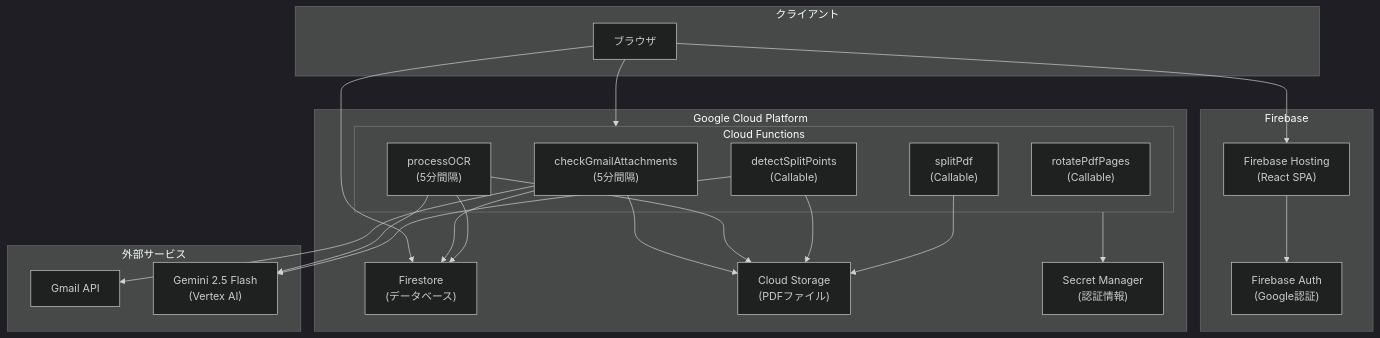
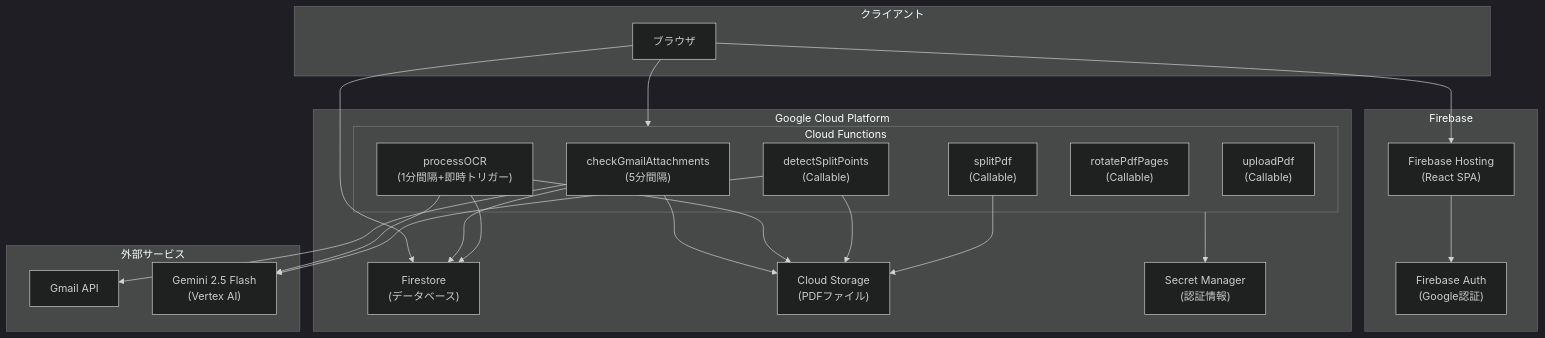
Before and after one commit to yasushi-honda/doc-split: the first of 5 diagrams in docs/architecture.md, drawn with Mermaid (dark theme). The commit also changed other lines of this file and 1 other file, not shown here.

First line of the commit message:
docs: architecture.md/overview.mdを実装に合わせて更新

````diff
--- a/docs/architecture.md
+++ b/docs/architecture.md
@@ -5,49 +5,50 @@
 ```mermaid
 flowchart TB
     subgraph Client["クライアント"]
         Browser["ブラウザ"]
     end
 
     subgraph Firebase["Firebase"]
         Hosting["Firebase Hosting<br/>(React SPA)"]
         Auth["Firebase Auth<br/>(Google認証)"]
     end
 
     subgraph GCP["Google Cloud Platform"]
         subgraph Functions["Cloud Functions"]
             CheckGmail["checkGmailAttachments<br/>(5分間隔)"]
-            ProcessOCR["processOCR<br/>(5分間隔)"]
+            ProcessOCR["processOCR<br/>(1分間隔+即時トリガー)"]
             DetectSplit["detectSplitPoints<br/>(Callable)"]
             SplitPdf["splitPdf<br/>(Callable)"]
             RotatePdf["rotatePdfPages<br/>(Callable)"]
+            UploadPdf["uploadPdf<br/>(Callable)"]
         end
 
         Firestore["Firestore<br/>(データベース)"]
         Storage["Cloud Storage<br/>(PDFファイル)"]
         SecretManager["Secret Manager<br/>(認証情報)"]
     end
 
     subgraph External["外部サービス"]
         Gmail["Gmail API"]
         Gemini["Gemini 2.5 Flash<br/>(Vertex AI)"]
     end
 
     Browser --> Hosting
     Hosting --> Auth
     Browser --> Firestore
     Browser --> Functions
 
     CheckGmail --> Gmail
     CheckGmail --> Storage
     CheckGmail --> Firestore
 
     ProcessOCR --> Storage
     ProcessOCR --> Gemini
     ProcessOCR --> Firestore
 
     DetectSplit --> Storage
     DetectSplit --> Gemini
     SplitPdf --> Storage
 
     Functions --> SecretManager
 ```
````
